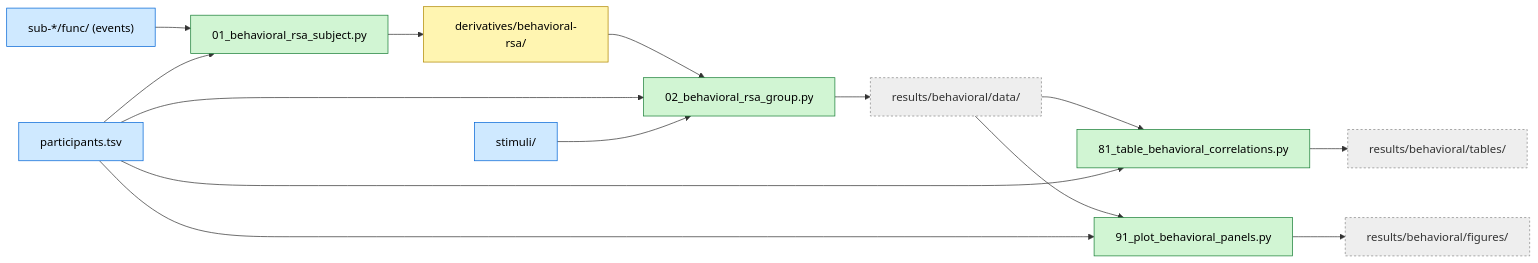
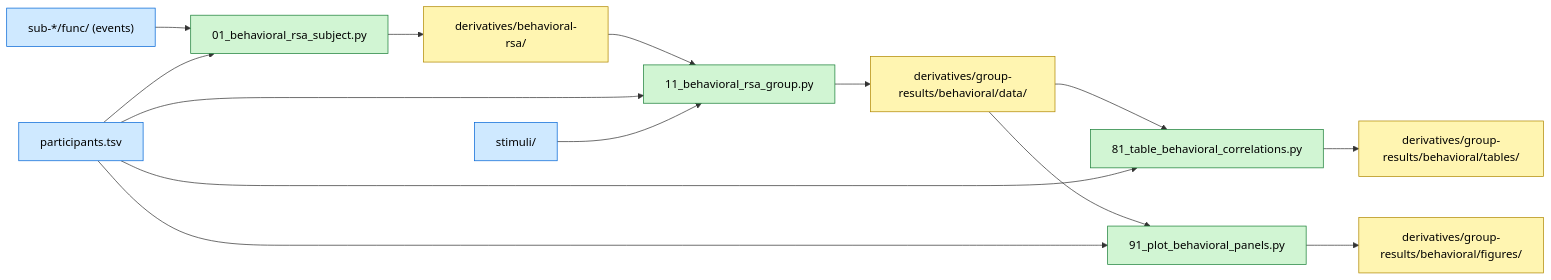
Before and after one commit to costantinoai/chess-expertise-2025: the diagram in chess-behavioral/README.md, drawn with Mermaid. The commit also changed other lines of this file and 59 other files, not shown here.

````diff
--- a/chess-behavioral/README.md
+++ b/chess-behavioral/README.md
@@ -15,34 +15,33 @@
 ```mermaid
 flowchart LR
-  classDef in fill:#cfe9ff,stroke:#0366d6,color:#000
-  classDef out fill:#fff5b1,stroke:#b08800,color:#000
-  classDef sc fill:#d1f5d3,stroke:#1a7f37,color:#000
-  classDef rl fill:#eee,stroke:#888,stroke-dasharray:3 3,color:#333
+ classDef in fill:#cfe9ff,stroke:#0366d6,color:#000
+ classDef out fill:#fff5b1,stroke:#b08800,color:#000
+ classDef sc fill:#d1f5d3,stroke:#1a7f37,color:#000
 
-  PT[participants.tsv]:::in
-  ST[stimuli/]:::in
-  EV["sub-*/func/ (events)"]:::in
+ PT[participants.tsv]:::in
+ ST[stimuli/]:::in
+ EV["sub-*/func/ (events)"]:::in
 
-  B01["01_behavioral_rsa_subject.py"]:::sc
-  B02["02_behavioral_rsa_group.py"]:::sc
-  B81["81_table_behavioral_correlations.py"]:::sc
-  B91["91_plot_behavioral_panels.py"]:::sc
-  BRSA[derivatives/behavioral-rsa/]:::out
-  DATA["results/behavioral/data/"]:::rl
-  TABLES["results/behavioral/tables/"]:::rl
-  FIGURES["results/behavioral/figures/"]:::rl
+ B01["01_behavioral_rsa_subject.py"]:::sc
+ B11["11_behavioral_rsa_group.py"]:::sc
+ B81["81_table_behavioral_correlations.py"]:::sc
+ B91["91_plot_behavioral_panels.py"]:::sc
+ BRSA[derivatives/behavioral-rsa/]:::out
+ DATA["derivatives/group-results/behavioral/data/"]:::out
+ TABLES["derivatives/group-results/behavioral/tables/"]:::out
+ FIGURES["derivatives/group-results/behavioral/figures/"]:::out
 
-  EV --> B01
-  PT --> B01
-  B01 --> BRSA
+ EV --> B01
+ PT --> B01
+ B01 --> BRSA
 
-  BRSA --> B02
-  PT --> B02
-  ST --> B02
-  B02 --> DATA
+ BRSA --> B11
+ PT --> B11
+ ST --> B11
+ B11 --> DATA
 
-  DATA --> B81 --> TABLES
-  PT --> B81
-  DATA --> B91 --> FIGURES
-  PT --> B91
+ DATA --> B81 --> TABLES
+ PT --> B81
+ DATA --> B91 --> FIGURES
+ PT --> B91
 ```
````
